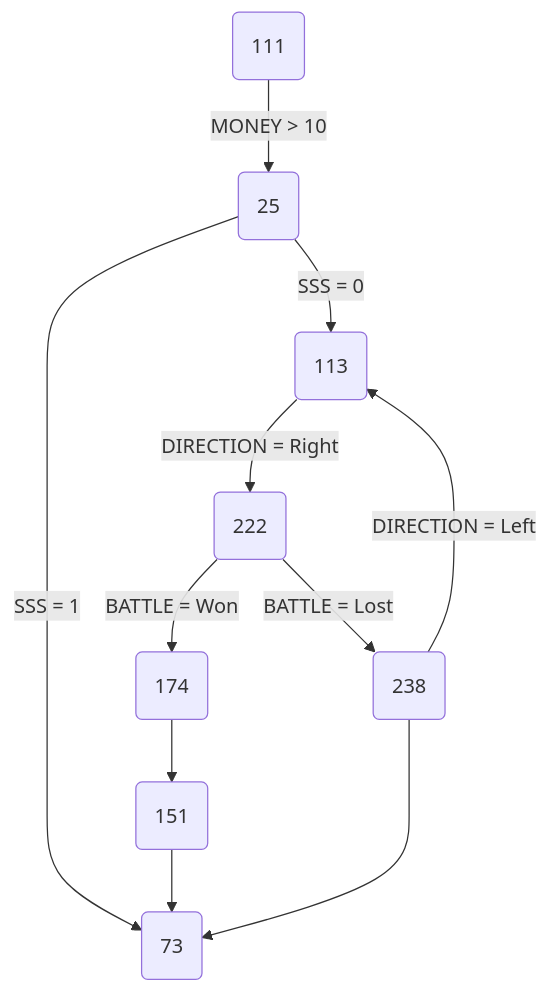
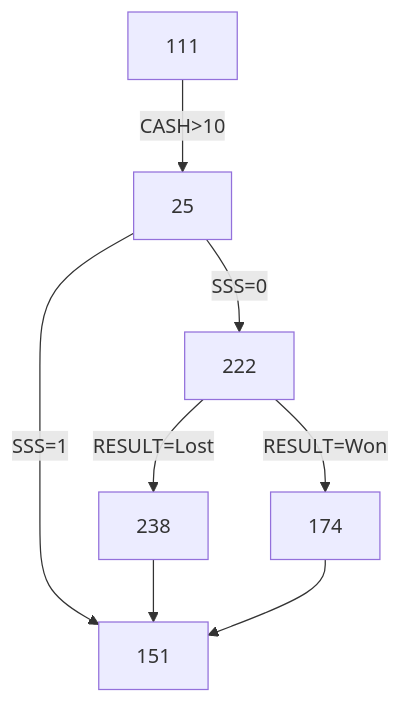
One commit to the-jamb/template-repository changed the diagram in README.md. Above: the diagram before and after it, drawn with Mermaid. The commit also changed other lines of this file, not shown here.

````diff
--- a/README.md
+++ b/README.md
@@ -139,14 +154,3 @@
 ```mermaid
-    flowchart TD
-        A(111) -->|MONEY > 10| B(25)
-        B --> |SSS = 1| C(73)
-        B --> |SSS = 0| D(211)
-        D --> |DIRECTION = Right| E(222)
-        E -->|BATTLE = Won| F(174)
-        E -->|BATTLE = Lost| G(238)    
-        G --> C
-        G --> |"DIRECTION = Left"| D(113)
-        F --> H(151)
-        H --> C
-        click C href "https://mermaid.live/edit" "Mermaid Live Editor"
+flowchart TD;111-->|CASH>10|25;25-->|SSS=1|151;25-->|SSS=0|222;222-->|RESULT=Won|174;222-->|RESULT=Lost|238;238-->151;174-->151; click 174 href "https://mermaid.live/edit"
 ```
````
